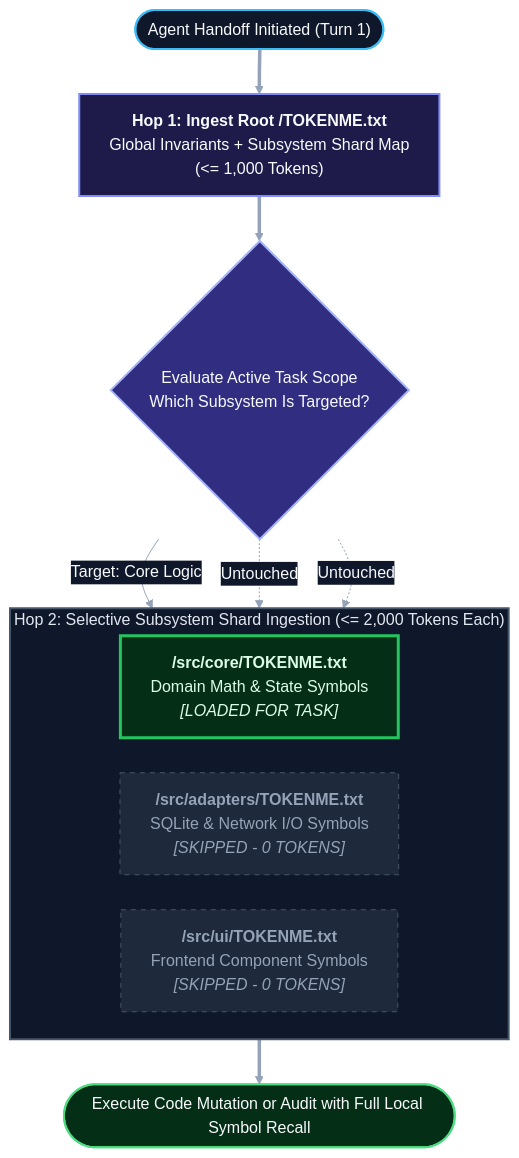
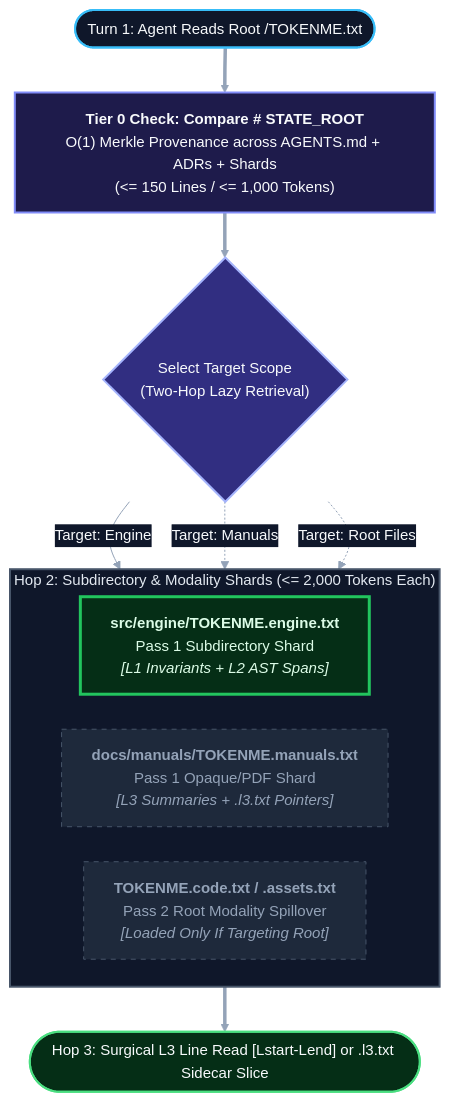
The diagram in README.md (endean-eng/tokenme), drawn with Mermaid before and after one commit. The commit also changed other lines of this file and 14 other files, not shown here.

First line of the commit message:
feat(v2.0): implement ADR-008..010 Merkle state cascade, L4 sidecars, and Two-Pass sharding

````diff
--- a/README.md
+++ b/README.md
@@ -129,31 +86,31 @@
 ```mermaid
-%%{init: {'theme': 'base', 'flowchart': {'wrappingWidth': 360, 'nodeSpacing': 35, 'rankSpacing': 45, 'curve': 'basis'}, 'themeVariables': { 'primaryColor': '#1e293b', 'primaryTextColor': '#f8fafc', 'primaryBorderColor': '#64748b', 'lineColor': '#94a3b8', 'edgeLabelBackground': '#0f172a', 'fontFamily': 'Consolas, monospace', 'fontSize': '16px'}}}%%
+%%{init: {'theme': 'base', 'flowchart': {'wrappingWidth': 360, 'nodeSpacing': 35, 'rankSpacing': 45, 'curve': 'basis'}, 'themeVariables': { 'primaryColor': '#1e293b', 'primaryTextColor': '#f8fafc', 'primaryBorderColor': '#64748b', 'lineColor': '#94a3b8', 'edgeLabelBackground': '#0f172a', 'fontFamily': 'Consolas, monospace', 'fontSize': '15px'}}}%%
 flowchart TB
-    Start(["Agent Handoff Initiated (Turn 1)"])
-    Root["<b>Hop 1: Ingest Root /TOKENME.txt</b><br/>Global Invariants + Subsystem Shard Map<br/>(<= 1,000 Tokens)"]
-    Gate{"Evaluate Active Task Scope<br/>Which Subsystem Is Targeted?"}
+    Start(["Turn 1: Agent Reads Root /TOKENME.txt"])
+    Verify["<b>Tier 0 Check: Compare # STATE_ROOT</b><br/>O(1) Merkle Provenance across AGENTS.md + ADRs + Shards<br/>(<= 150 Lines / <= 1,000 Tokens)"]
+    Gate{"Select Target Scope<br/>(Two-Hop Lazy Retrieval)"}
 
-    subgraph Shards["Hop 2: Selective Subsystem Shard Ingestion (<= 2,000 Tokens Each)"]
+    subgraph Shards["Hop 2: Subdirectory & Modality Shards (<= 2,000 Tokens Each)"]
         direction LR
-        S1["<b>/src/core/TOKENME.txt</b><br/>Domain Math & State Symbols<br/><i>[LOADED FOR TASK]</i>"]
-        S2["<b>/src/adapters/TOKENME.txt</b><br/>SQLite & Network I/O Symbols<br/><i>[SKIPPED - 0 TOKENS]</i>"]
-        S3["<b>/src/ui/TOKENME.txt</b><br/>Frontend Component Symbols<br/><i>[SKIPPED - 0 TOKENS]</i>"]
+        S1["<b>src/engine/TOKENME.engine.txt</b><br/>Pass 1 Subdirectory Shard<br/><i>[L1 Invariants + L2 AST Spans]</i>"]
+        S2["<b>docs/manuals/TOKENME.manuals.txt</b><br/>Pass 1 Opaque/PDF Shard<br/><i>[L3 Summaries + .l3.txt Pointers]</i>"]
+        S3["<b>TOKENME.code.txt / .assets.txt</b><br/>Pass 2 Root Modality Spillover<br/><i>[Loaded Only If Targeting Root]</i>"]
     end
 
-    Exec(["Execute Code Mutation or Audit with Full Local Symbol Recall"])
+    L3Read(["Hop 3: Surgical L3 Line Read [Lstart-Lend] or .l3.txt Sidecar Slice"])
 
-    Start ==> Root ==> Gate
-    Gate -->|"Target: Core Logic"| S1
-    Gate -.->|"Untouched"| S2
-    Gate -.->|"Untouched"| S3
-    S1 ==> Exec
+    Start ==> Verify ==> Gate
+    Gate -->|"Target: Engine"| S1
+    Gate -.->|"Target: Manuals"| S2
+    Gate -.->|"Target: Root Files"| S3
+    S1 ==> L3Read
 
     style Start fill:#0f172a,stroke:#38bdf8,stroke-width:2px,color:#f8fafc
-    style Root fill:#1e1b4b,stroke:#818cf8,stroke-width:2px,color:#f8fafc
+    style Verify fill:#1e1b4b,stroke:#818cf8,stroke-width:2px,color:#f8fafc
     style Gate fill:#312e81,stroke:#a5b4fc,stroke-width:2px,color:#f8fafc
     style Shards fill:#0f172a,stroke:#475569,stroke-width:2px,color:#e2e8f0
     style S1 fill:#052e16,stroke:#22c55e,stroke-width:3px,color:#dcfce7
     style S2 fill:#1e293b,stroke:#475569,stroke-dasharray: 5 5,color:#94a3b8
     style S3 fill:#1e293b,stroke:#475569,stroke-dasharray: 5 5,color:#94a3b8
-    style Exec fill:#052e16,stroke:#4ade80,stroke-width:2px,color:#f8fafc
+    style L3Read fill:#052e16,stroke:#4ade80,stroke-width:2px,color:#f8fafc
 ```
````
